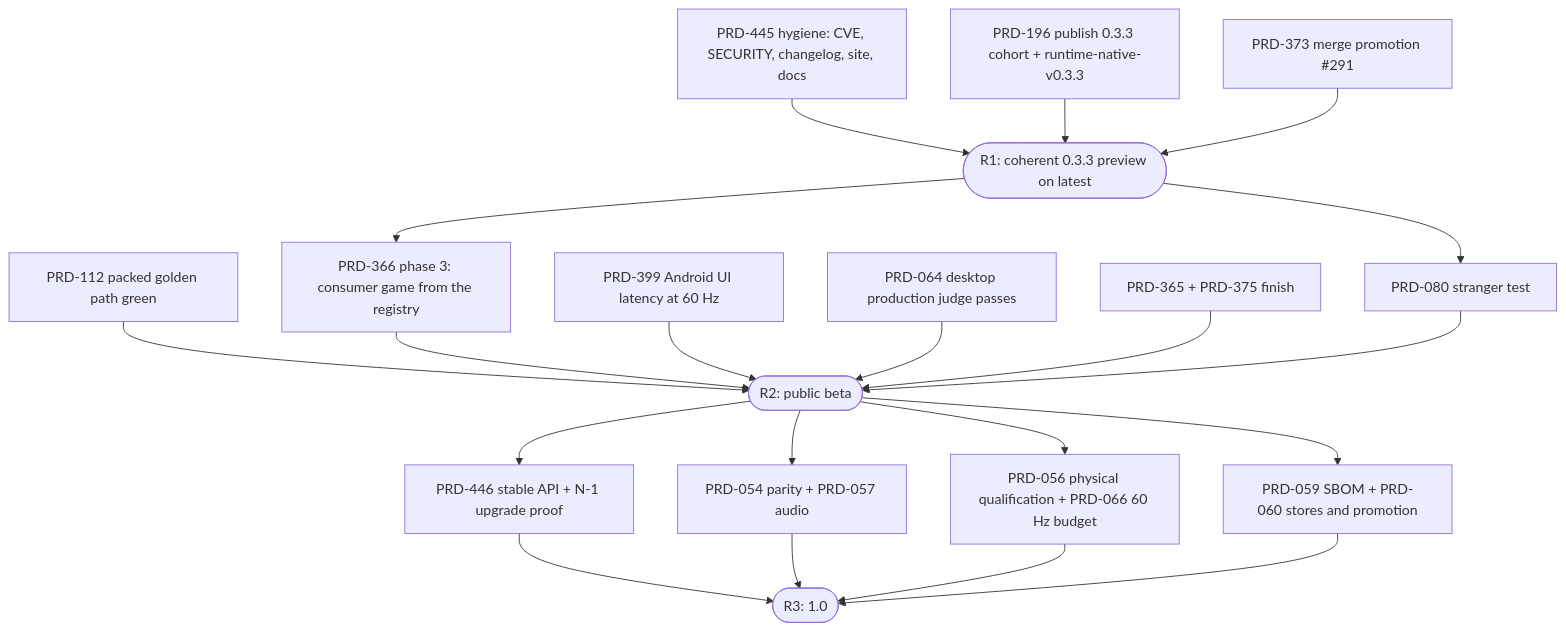
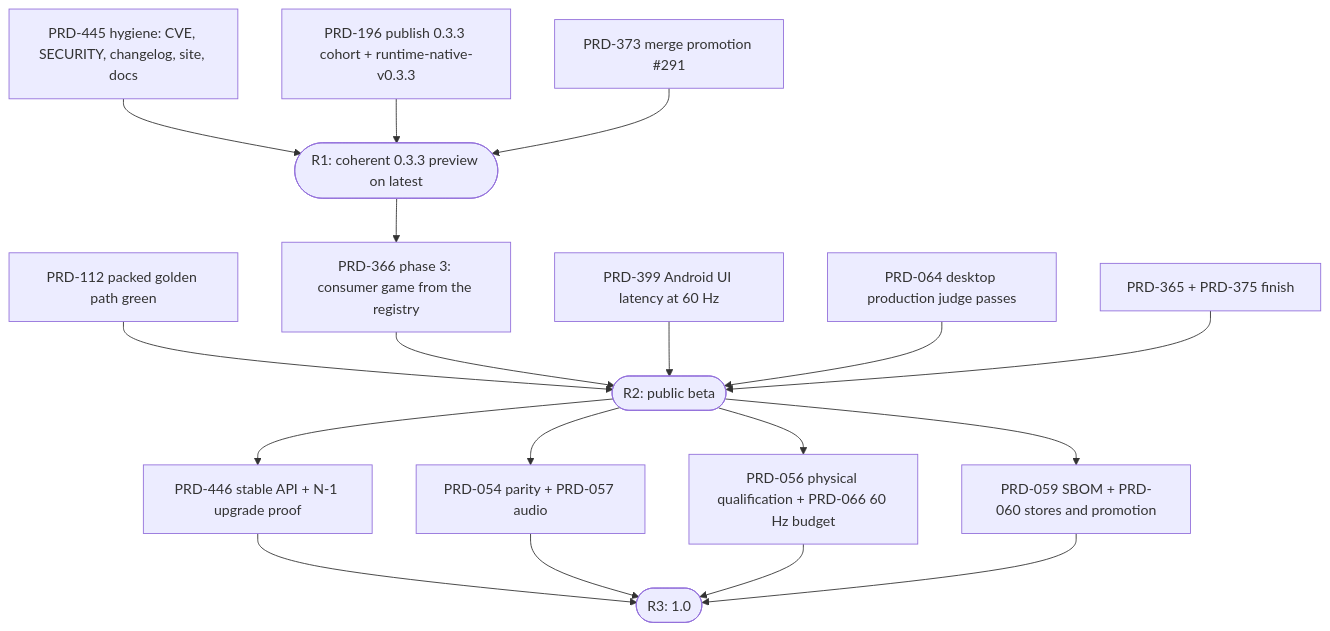
Before and after one commit to ThreeNativeHQ/threenative: the diagram in docs/PRDs/production-readiness/RELEASE-READINESS-2026-09-23.md, drawn with Mermaid. The commit also changed other lines of this file and 7 other files, not shown here.

First line of the commit message:
docs: remove the PRD-080 stranger test again (owner decision)

````diff
--- a/docs/PRDs/production-readiness/RELEASE-READINESS-2026-09-23.md
+++ b/docs/PRDs/production-readiness/RELEASE-READINESS-2026-09-23.md
@@ -131,24 +128,22 @@
 ```mermaid
 flowchart TD
     H[PRD-445 hygiene: CVE, SECURITY, changelog, site, docs] --> R1
     C[PRD-196 publish 0.3.3 cohort + runtime-native-v0.3.3] --> R1
     P[PRD-373 merge promotion #291] --> R1
     R1([R1: coherent 0.3.3 preview on latest])
     R1 --> Q[PRD-366 phase 3: consumer game from the registry]
-    R1 --> S[PRD-080 stranger test]
     G[PRD-112 packed golden path green] --> R2
     Q --> R2
     L[PRD-399 Android UI latency at 60 Hz] --> R2
     J[PRD-064 desktop production judge passes] --> R2
     D[PRD-365 + PRD-375 finish] --> R2
-    S --> R2
     R2([R2: public beta])
     R2 --> A[PRD-446 stable API + N-1 upgrade proof]
     R2 --> W[PRD-054 parity + PRD-057 audio]
     R2 --> M[PRD-056 physical qualification + PRD-066 60 Hz budget]
     R2 --> X[PRD-059 SBOM + PRD-060 stores and promotion]
     A --> V([R3: 1.0])
     W --> V
     M --> V
     X --> V
 ```
````
